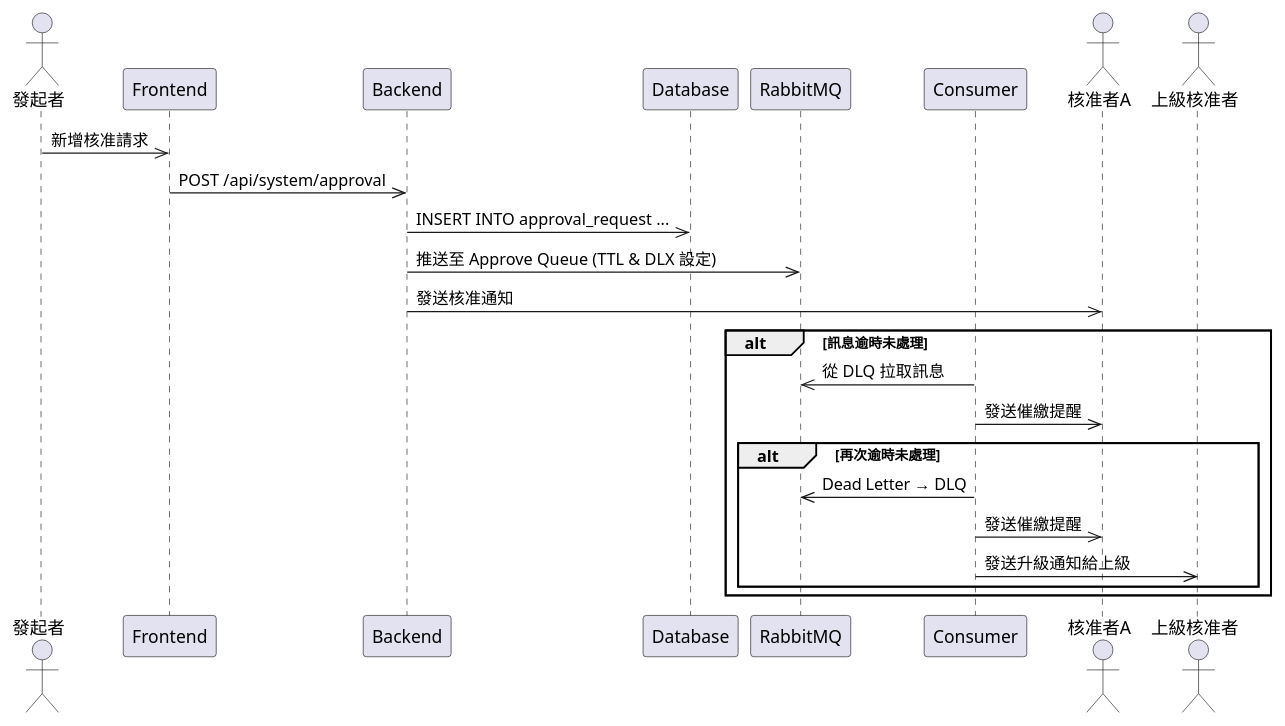
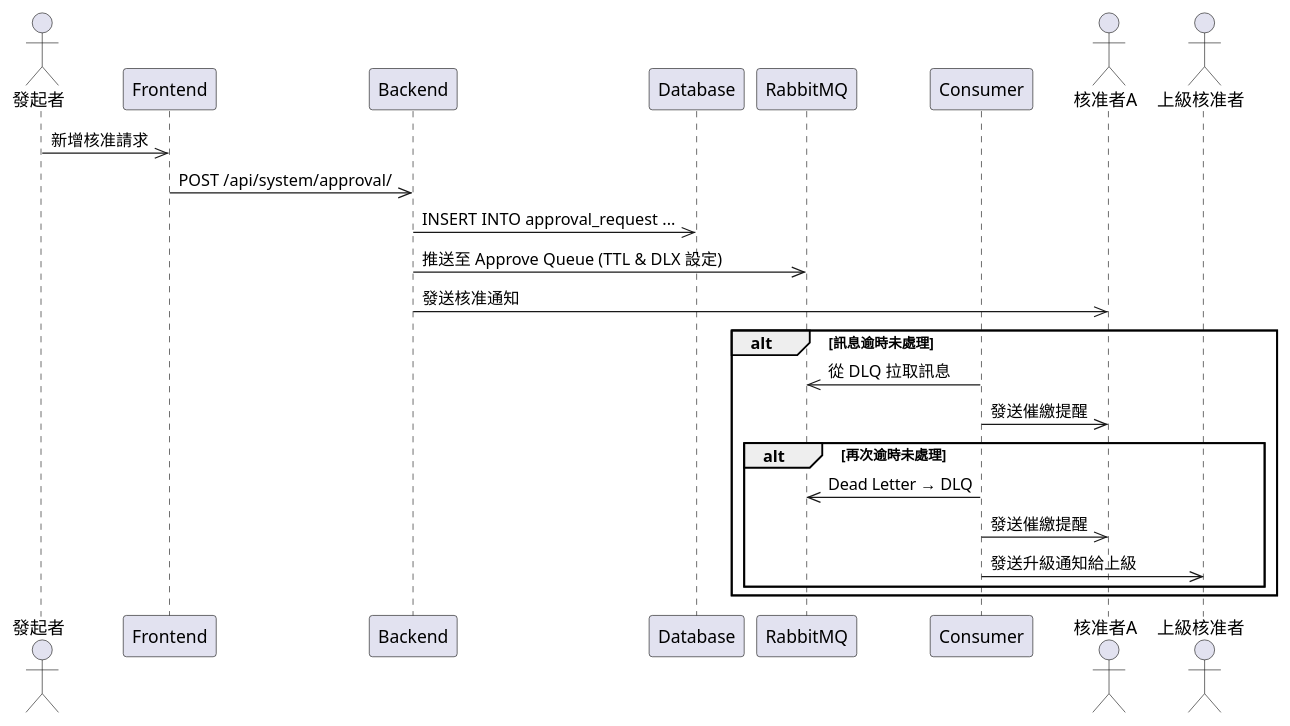
Before and after one commit to walle45611/NTUB_SecuManag_Diagram: the diagram in plantUML/sequence/approval_notify.puml, drawn with PlantUML. The commit also changed 13 other files, not shown here.

Commit message:
(modify): 調整各個圖格式，調整路徑，新增一些圖 (#21)

```diff
--- a/plantUML/sequence/approval_notify.puml
+++ b/plantUML/sequence/approval_notify.puml
@@ -1,26 +1,26 @@
 @startuml
 actor User as "發起者"
 participant Frontend
 participant Backend
 participant Database
 participant RabbitMQ
 participant Consumer
 actor ReviewerA as "核准者A"
 actor ReviewerB as "上級核准者"
 
 User ->> Frontend: 新增核准請求
-Frontend ->> Backend: POST /api/system/approval
+Frontend ->> Backend: POST /api/system/approval/
 Backend ->> Database: INSERT INTO approval_request ...
 Backend ->> RabbitMQ: 推送至 Approve Queue (TTL & DLX 設定)
 Backend ->> ReviewerA: 發送核准通知
 
 alt 訊息逾時未處理
     Consumer ->> RabbitMQ: 從 DLQ 拉取訊息
     Consumer ->> ReviewerA: 發送催繳提醒
     alt 再次逾時未處理
         Consumer ->> RabbitMQ: Dead Letter → DLQ
         Consumer ->> ReviewerA: 發送催繳提醒
         Consumer ->> ReviewerB: 發送升級通知給上級
     end
 end
 @enduml
```
